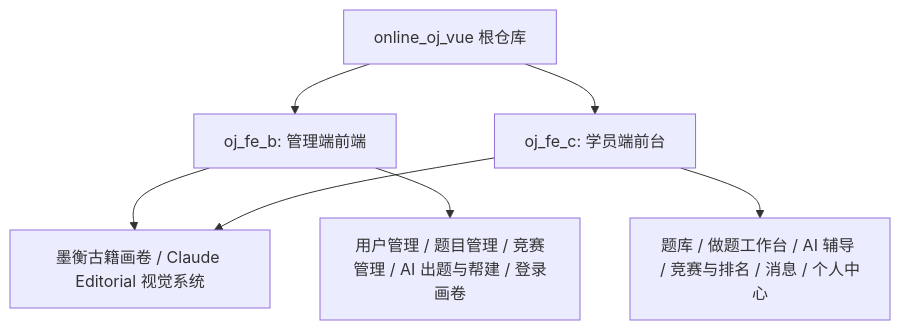
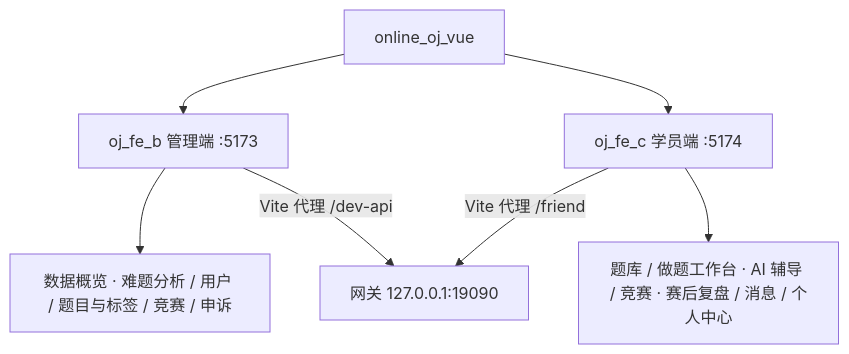
One commit to pluchon/online_oj_vue changed the first of 10 diagrams in README.md. Above: the diagram before and after it, drawn with Mermaid. The commit also changed other lines of this file and 20 other files, not shown here.

````diff
--- a/README.md
+++ b/README.md
@@ -5,11 +7,9 @@
 ```mermaid
 graph TD
-    Repo["online_oj_vue 根仓库"]
-    Repo --> B_End["oj_fe_b: 管理端前端"]
-    Repo --> C_End["oj_fe_c: 学员端前台"]
-
-    B_End --> Design["墨衡古籍画卷 / Claude Editorial 视觉系统"]
-    C_End --> Design
-    B_End --> Modules["用户管理 / 题目管理 / 竞赛管理 / AI 出题与帮建 / 登录画卷"]
-    C_End --> CModules["题库 / 做题工作台 / AI 辅导 / 竞赛与排名 / 消息 / 个人中心"]
+    Repo["online_oj_vue"] --> B["oj_fe_b 管理端 :5173"]
+    Repo --> C["oj_fe_c 学员端 :5174"]
+    B --> BM["数据概览 · 难题分析 / 用户 / 题目与标签 / 竞赛 / 申诉"]
+    C --> CM["题库 / 做题工作台 · AI 辅导 / 竞赛 · 赛后复盘 / 消息 / 个人中心"]
+    B -- "Vite 代理 /dev-api" --> GW["网关 127.0.0.1:19090"]
+    C -- "Vite 代理 /friend" --> GW
 ```
````
